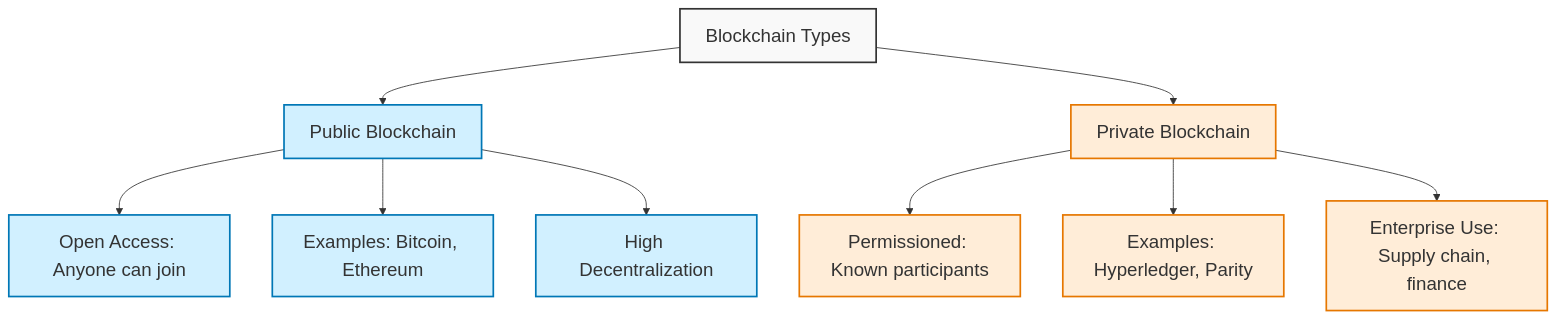
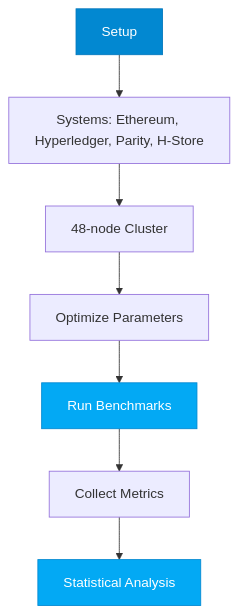
One commit to ces0491/blockbench-presentation changed the second of 10 diagrams in blockbench-presentation.qmd. Above: the diagram before and after it, drawn with Mermaid. The commit also changed other lines of this file and 11 other files, not shown here.

````diff
--- a/blockbench-presentation.qmd
+++ b/blockbench-presentation.qmd
@@ -299,20 +209,12 @@
 ```{mermaid}
-%%{init: {'theme': 'default', 'themeVariables': { 'fontSize': '22px', 'primaryColor': '#7C0000', 'primaryBorderColor': '#7C0000', 'primaryTextColor': '#fff', 'secondaryColor': '#006100', 'secondaryBorderColor': '#006100', 'secondaryTextColor': '#fff' }}}%%
 graph TD
-    classDef mainNode fill:#f9f9f9,stroke:#333,stroke-width:2px;
-    classDef publicNode fill:#d1f0ff,stroke:#0077b6,stroke-width:2px;
-    classDef privateNode fill:#ffedd8,stroke:#e67700,stroke-width:2px;
-    
-    A[Blockchain Types] --> B[Public Blockchain]
-    A --> C[Private Blockchain]
-    B --> B1[Open Access: Anyone can join]
-    B --> B2[Examples: Bitcoin, Ethereum]
-    B --> B3[High Decentralization]
-    C --> C1[Permissioned: Known participants]
-    C --> C2[Examples: Hyperledger, Parity]
-    C --> C3[Enterprise Use: Supply chain, finance]
-    
-    class A mainNode;
-    class B,B1,B2,B3 publicNode;
-    class C,C1,C2,C3 privateNode;
+    A[Setup] --> B[Systems: Ethereum, Hyperledger, Parity, H-Store]
+    B --> C[48-node Cluster]
+    C --> D[Optimize Parameters]
+    D --> E[Run Benchmarks]
+    E --> F[Collect Metrics]
+    F --> G[Statistical Analysis]
+    style A fill:#0288d1,stroke:#0277bd,color:#fff
+    style E fill:#03a9f4,stroke:#0288d1,color:#fff
+    style G fill:#03a9f4,stroke:#0288d1,color:#fff
 ```
````
